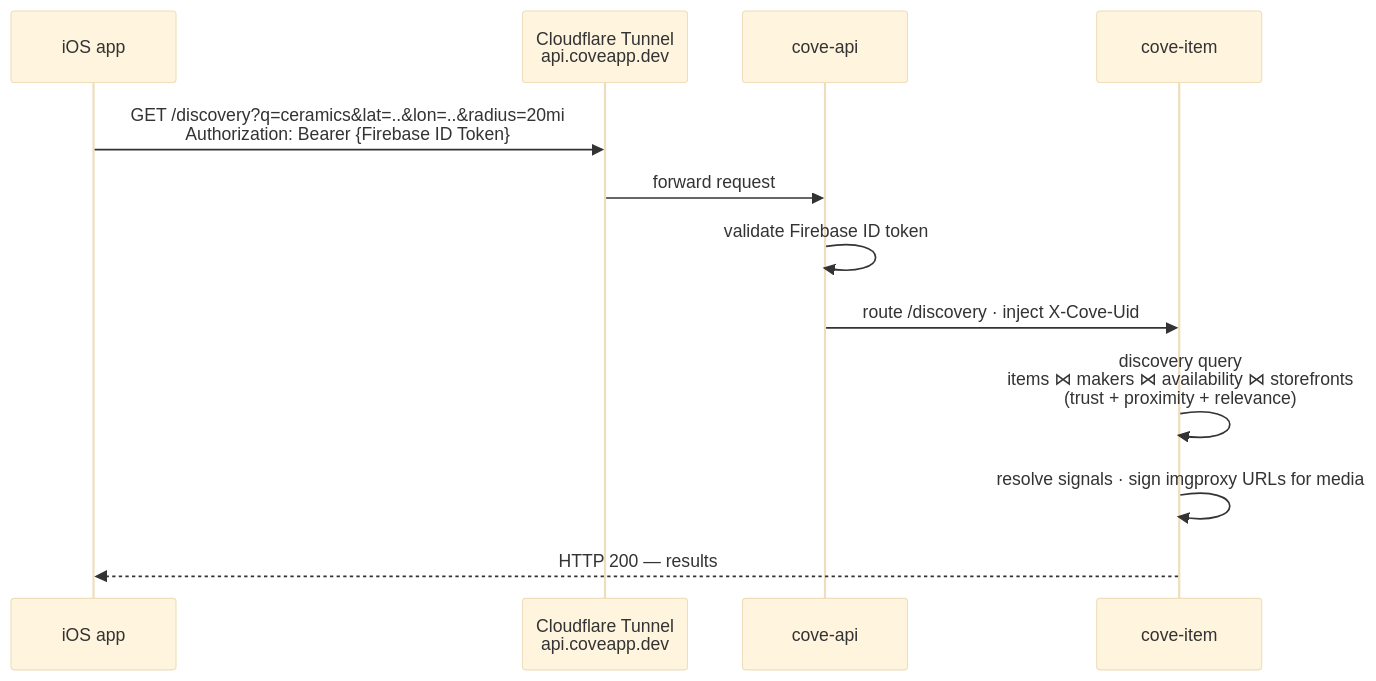
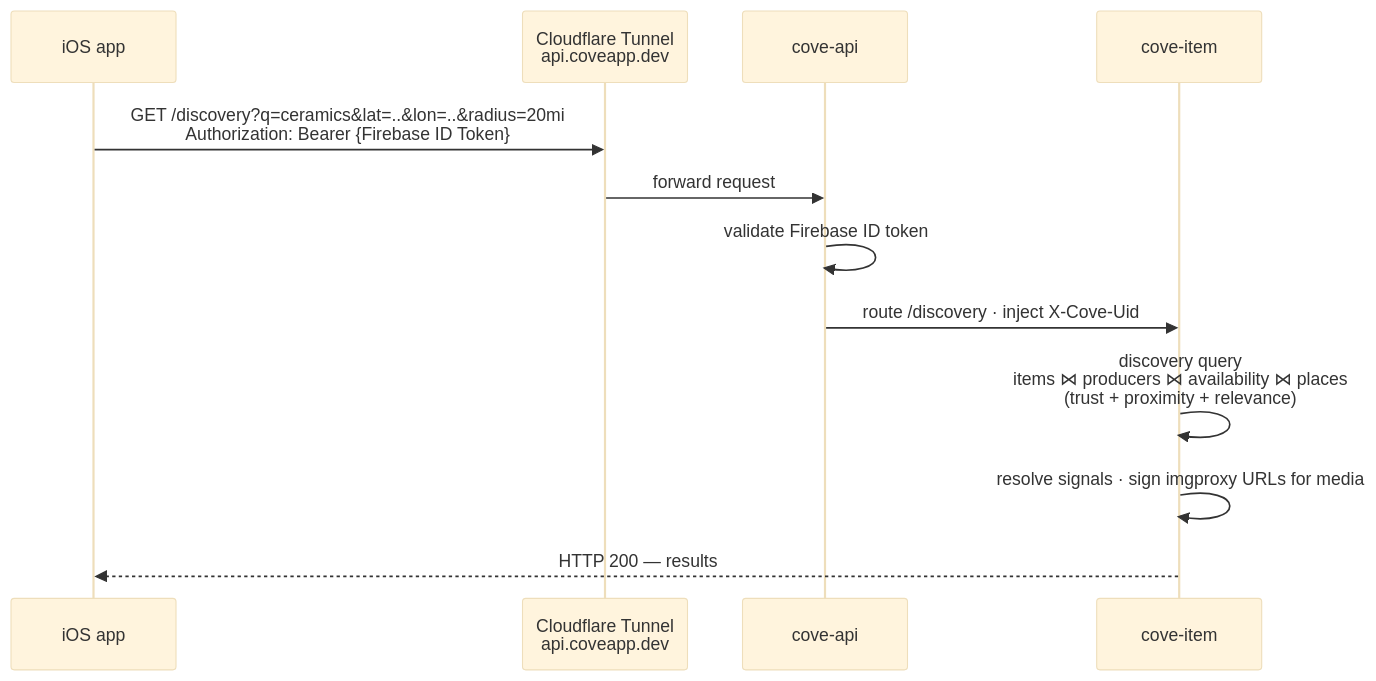
Before and after one commit to danicajiao/cove: the second of 2 diagrams in docs/MARKETPLACE_ARCHITECTURE.md, drawn with Mermaid (base theme). The commit also changed other lines of this file and 6 other files, not shown here.

First line of the commit message:
Document producers, places, activity and Eat & Drink

````diff
--- a/docs/MARKETPLACE_ARCHITECTURE.md
+++ b/docs/MARKETPLACE_ARCHITECTURE.md
@@ -685,14 +721,14 @@
 ```mermaid
 sequenceDiagram
     participant iOS as iOS app
     participant CF as Cloudflare Tunnel<br/>api.coveapp.dev
     participant API as cove-api
     participant Item as cove-item
     iOS->>CF: GET /discovery?q=ceramics&lat=..&lon=..&radius=20mi<br/>Authorization: Bearer {Firebase ID Token}
     CF->>API: forward request
     API->>API: validate Firebase ID token
     API->>Item: route /discovery · inject X-Cove-Uid
-    Item->>Item: discovery query<br/>items ⋈ makers ⋈ availability ⋈ storefronts<br/>(trust + proximity + relevance)
+    Item->>Item: discovery query<br/>items ⋈ producers ⋈ availability ⋈ places<br/>(trust + proximity + relevance)
     Item->>Item: resolve signals · sign imgproxy URLs for media
     Item-->>iOS: HTTP 200 — results
 ```
````
